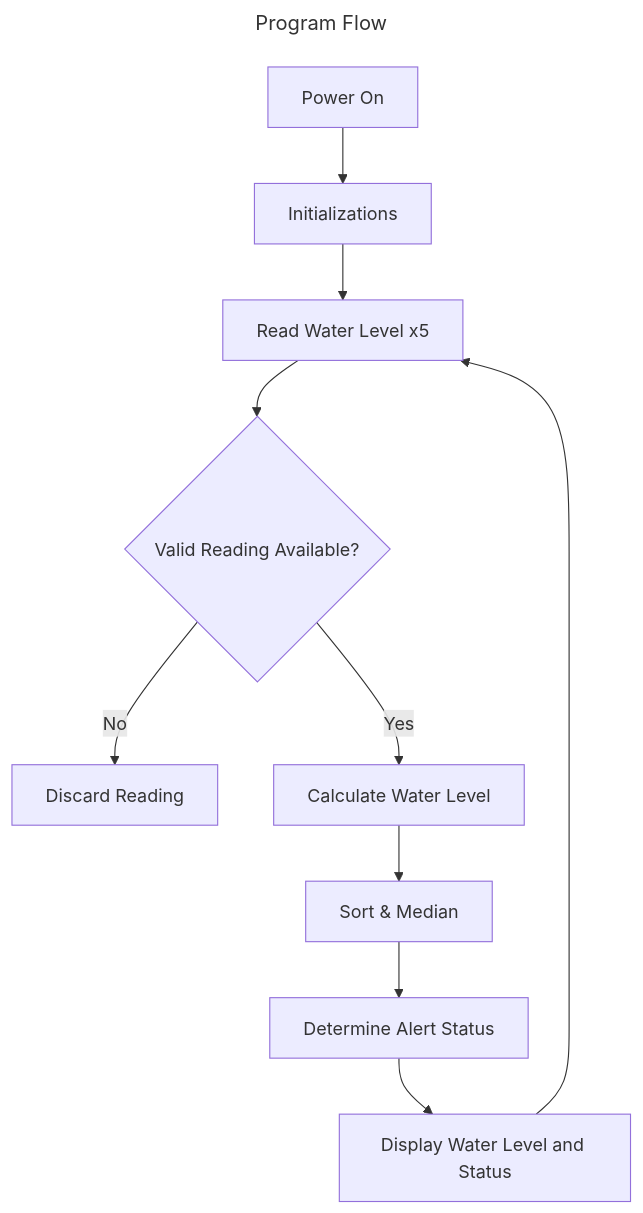
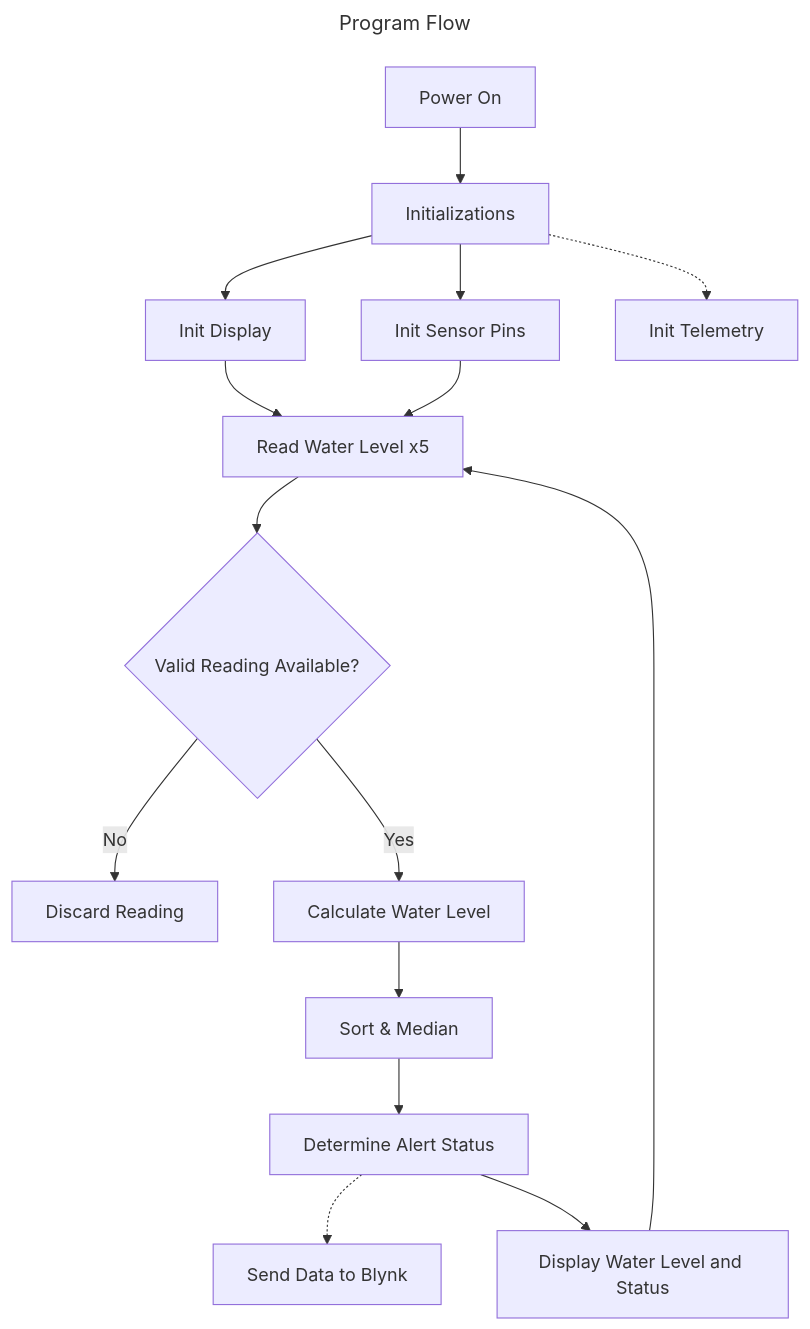
One commit to WizardInDminor/flood-detection changed the diagram in docs/architecture.md. Above: the diagram before and after it, drawn with Mermaid. The commit also changed 10 other files, not shown here.

Commit message:
Add: alerts, telemetry, and secrets.  Updated .ino and config for blynk.

````diff
--- a/docs/architecture.md
+++ b/docs/architecture.md
@@ -46,16 +46,21 @@
 ```mermaid
 --- 
 title: "Program Flow" 
 ---
 flowchart TD  
 
     A[Power On] --> B[Initializations]
-    B -->C[Read Water Level x5]
+    B -->M[Init Display]
+    B -->K[Init Sensor Pins]
+    B -.->L[Init Telemetry]
+    M -->C[Read Water Level x5]
+    K -->C
     C -->D{Valid Reading Available?}
     D -->|No| E[Discard Reading]
     D -->|Yes| F[Calculate Water Level]
     F -->G[Sort & Median]
     G -->H[Determine Alert Status]
+    H -.-> J[Send Data to Blynk]
     H -->I[Display Water Level and Status]
     I -->C
 ```
````
